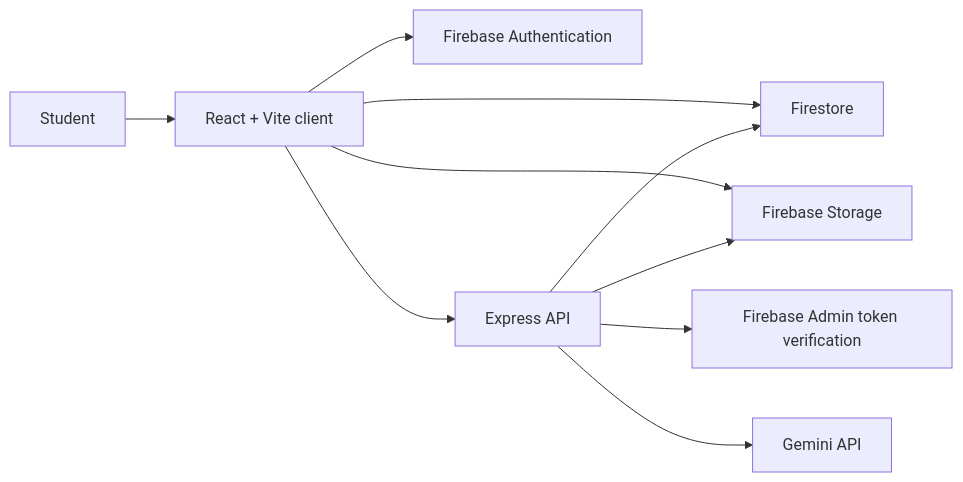
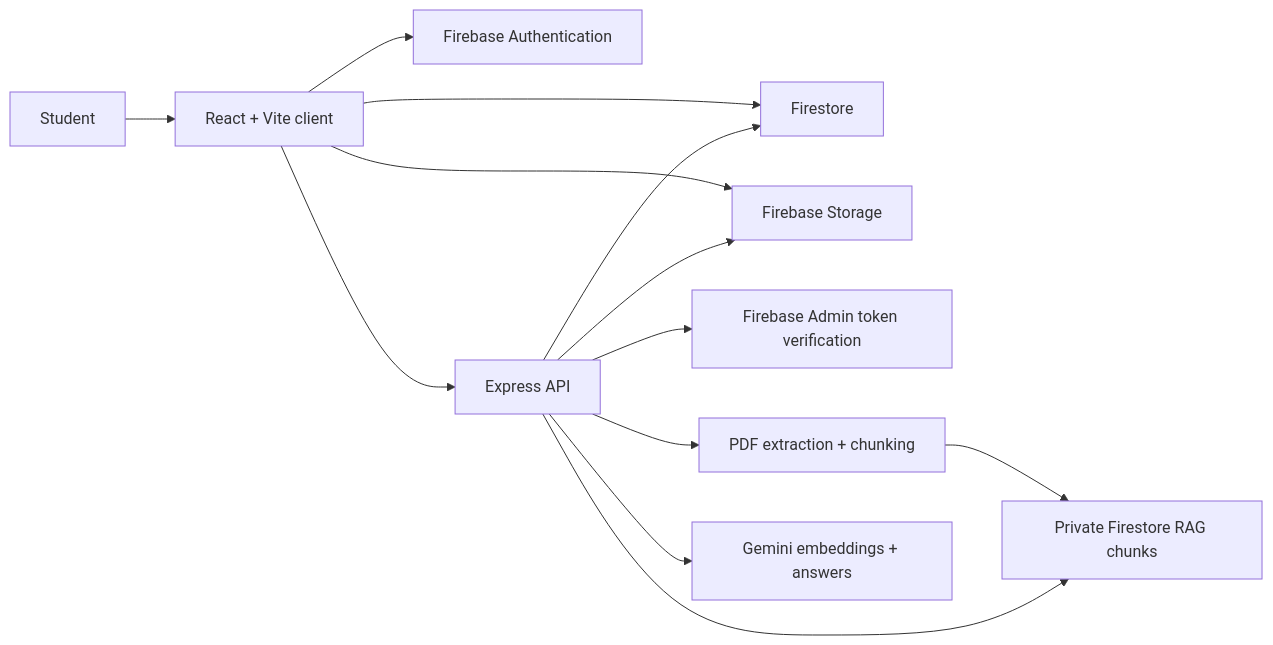
Before and after one commit to shlokbhutani13/globeready: the diagram in README.md, drawn with Mermaid. The commit also changed other lines of this file and 39 other files, not shown here.

Commit message:
feat: add private document RAG

````diff
--- a/README.md
+++ b/README.md
@@ -50,12 +51,15 @@
 ```mermaid
 flowchart LR
     User["Student"] --> Client["React + Vite client"]
     Client --> Auth["Firebase Authentication"]
     Client --> Firestore["Firestore"]
     Client --> Storage["Firebase Storage"]
     Client --> API["Express API"]
     API --> Admin["Firebase Admin token verification"]
     API --> Firestore
     API --> Storage
-    API --> Gemini["Gemini API"]
+    API --> Parser["PDF extraction + chunking"]
+    Parser --> Chunks["Private Firestore RAG chunks"]
+    API --> Chunks
+    API --> Gemini["Gemini embeddings + answers"]
 ```
````
